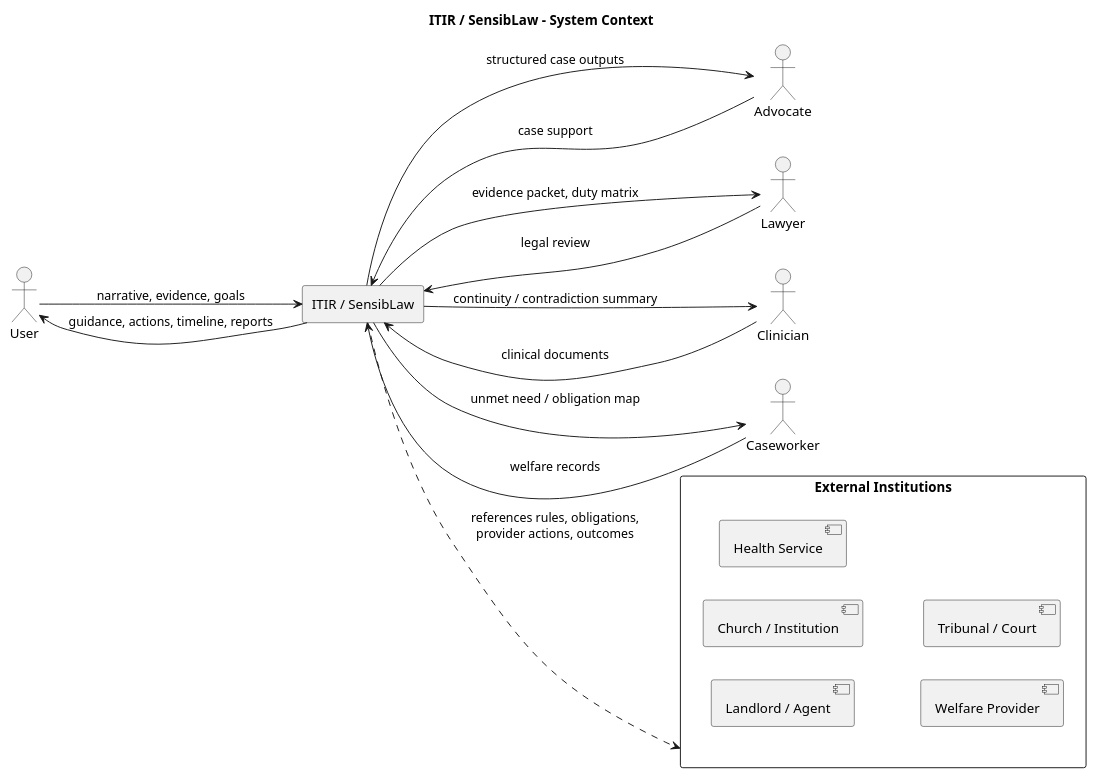
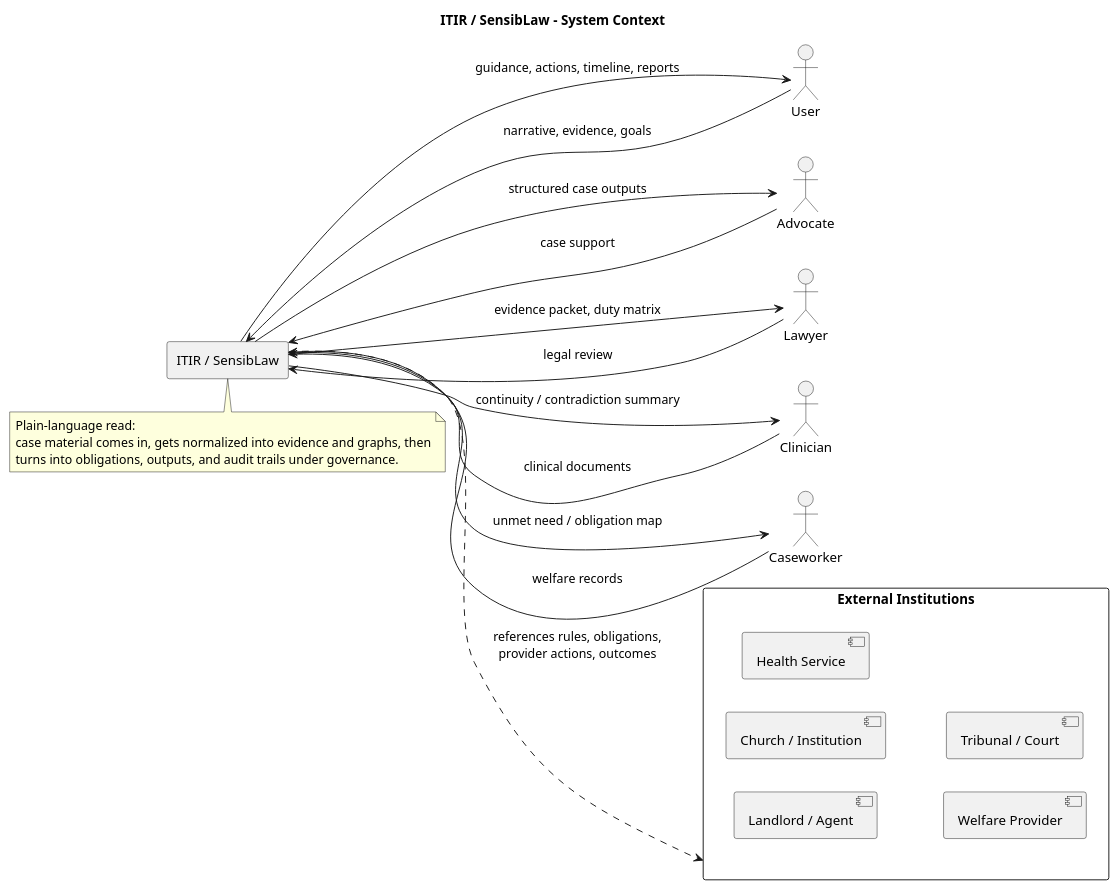
Before and after one commit to chboishabba/ITIR-suite: the first of 22 diagrams in docs/planning/itir_sensiblaw_service_architecture_plantuml_20260328.puml, drawn with PlantUML. The commit also changed 49 other files, not shown here.

Commit message:
Refresh docs and diagram exports

```diff
--- a/docs/planning/itir_sensiblaw_service_architecture_plantuml_20260328.puml
+++ b/docs/planning/itir_sensiblaw_service_architecture_plantuml_20260328.puml
@@ -1,35 +1,41 @@
 @startuml
 title ITIR / SensibLaw - System Context
 
 left to right direction
 
 actor User
 actor Advocate
 actor Lawyer
 actor Clinician
 actor Caseworker
 
 rectangle "External Institutions" as EXT {
   component "Landlord / Agent"
   component "Church / Institution"
   component "Health Service"
   component "Welfare Provider"
   component "Tribunal / Court"
 }
 
 rectangle "ITIR / SensibLaw" as SYS
 
 User --> SYS : narrative, evidence, goals
 Advocate --> SYS : case support
 Lawyer --> SYS : legal review
 Clinician --> SYS : clinical documents
 Caseworker --> SYS : welfare records
 
 SYS --> User : guidance, actions, timeline, reports
 SYS --> Advocate : structured case outputs
 SYS --> Lawyer : evidence packet, duty matrix
 SYS --> Clinician : continuity / contradiction summary
 SYS --> Caseworker : unmet need / obligation map
 
 SYS ..> EXT : references rules, obligations,\nprovider actions, outcomes
+
+note bottom of SYS
+  Plain-language read:
+  case material comes in, gets normalized into evidence and graphs, then
+  turns into obligations, outputs, and audit trails under governance.
+end note
 @enduml
```
